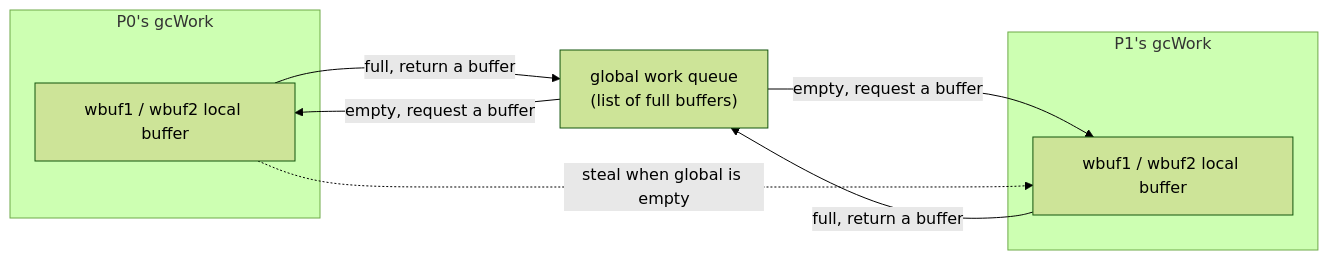
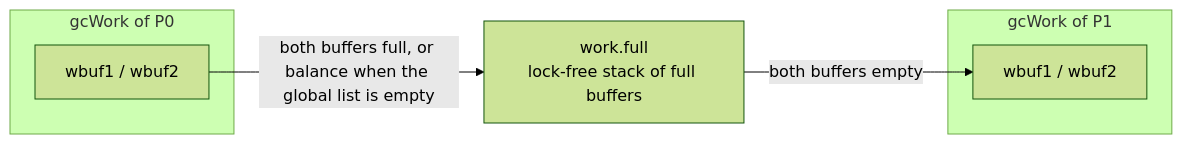
One commit to golang-design/under-the-hood changed the diagram in book/en-us/part4memory/ch13gc/mark.md. Above: the diagram before and after it, drawn with Mermaid (forest theme). The commit also changed other lines of this file and 30 other files, not shown here.

````diff
--- a/book/en-us/part4memory/ch13gc/mark.md
+++ b/book/en-us/part4memory/ch13gc/mark.md
@@ -116,15 +159,12 @@
 ```mermaid
 flowchart LR
-    subgraph P0["P0's gcWork"]
-        L0["wbuf1 / wbuf2 local buffer"]
+    subgraph P0["gcWork of P0"]
+        L0["wbuf1 / wbuf2"]
     end
-    subgraph P1["P1's gcWork"]
-        L1["wbuf1 / wbuf2 local buffer"]
+    subgraph P1["gcWork of P1"]
+        L1["wbuf1 / wbuf2"]
     end
-    GQ["global work queue<br/>(list of full buffers)"]
-    L0 -->|"full, return a buffer"| GQ
-    GQ -->|"empty, request a buffer"| L0
-    L1 -->|"full, return a buffer"| GQ
-    GQ -->|"empty, request a buffer"| L1
-    L0 -.->|"steal when global is empty"| L1
+    GQ["work.full<br/>lock-free stack of full buffers"]
+    L0 -->|"both buffers full, or balance when the global list is empty"| GQ
+    GQ -->|"both buffers empty"| L1
 ```
````
